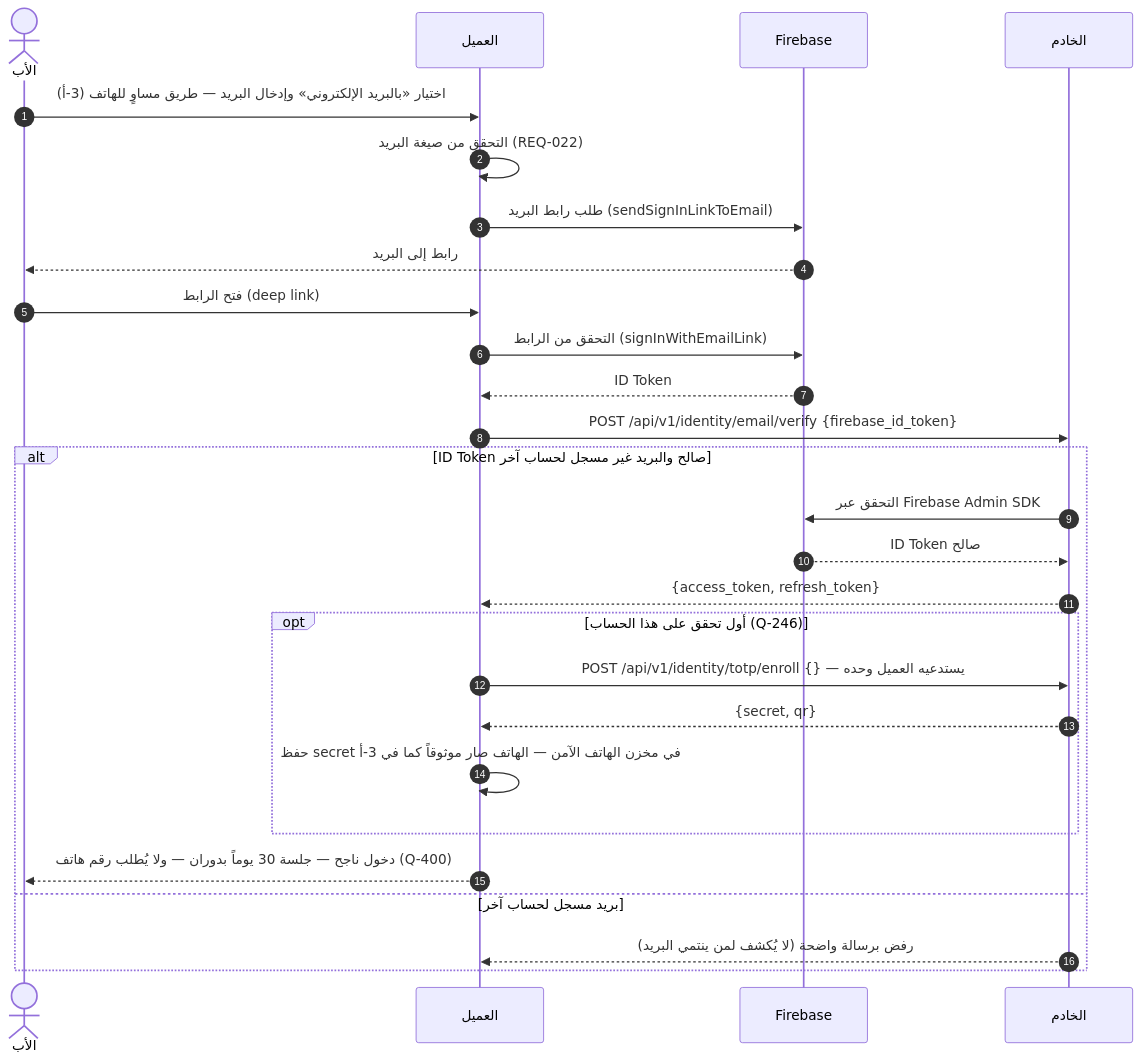
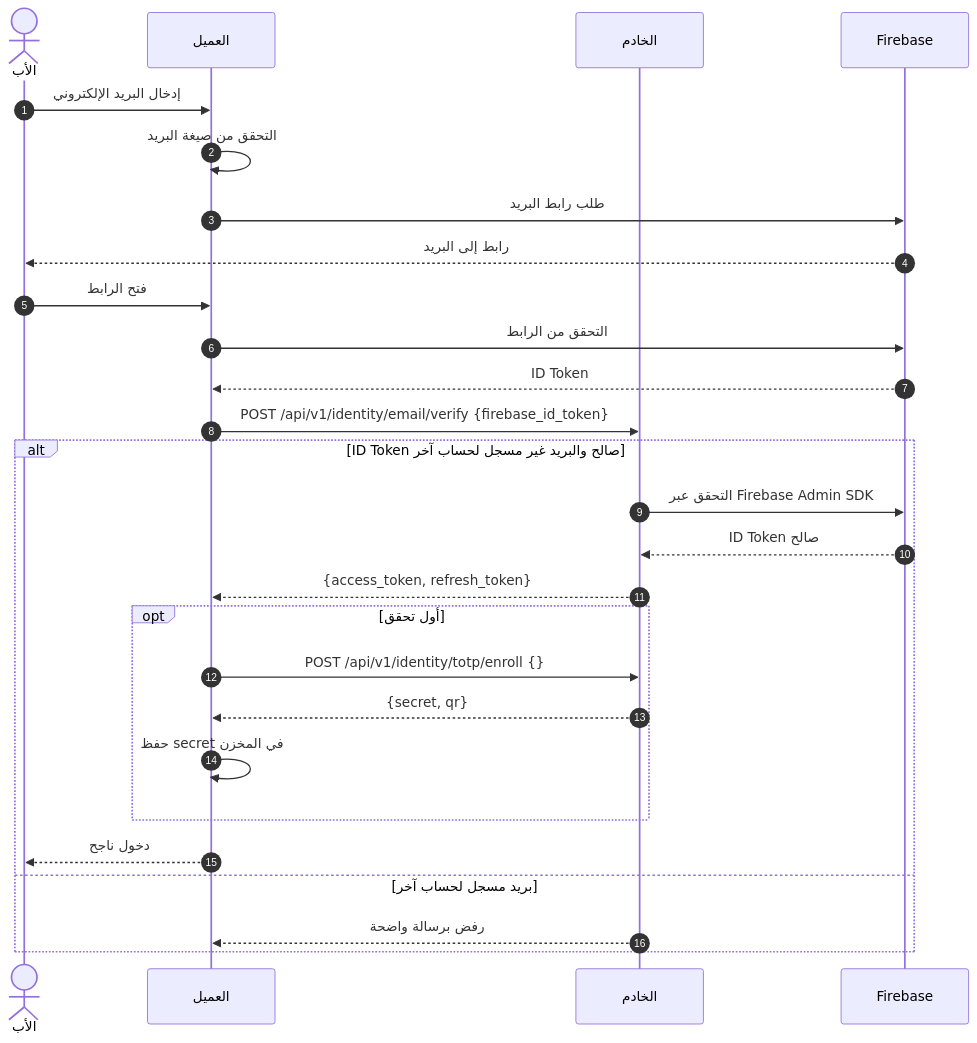
One commit to Bassam-mohammed-alqaeadi/family-os-v2 changed the seventh of 36 diagrams in docs/family-os/governance/phases/phase-1/S1-02-identity-and-onboarding/DIAGRAMS.md. Above: the diagram before and after it, drawn with Mermaid. The commit also changed other lines of this file, not shown here.

First line of the commit message:
Q-434 S1-02: content (REQ-029/030, Q-425/426/427) + shape (15→36 blocks)

````diff
--- a/docs/family-os/governance/phases/phase-1/S1-02-identity-and-onboarding/DIAGRAMS.md
+++ b/docs/family-os/governance/phases/phase-1/S1-02-identity-and-onboarding/DIAGRAMS.md
@@ -302,29 +368,29 @@
 ```mermaid
 sequenceDiagram
     autonumber
     actor Father as الأب
     participant Client as العميل
+    participant Ktor as الخادم
     participant FBAuth as Firebase
-    participant Ktor as الخادم
-    Father->>Client: اختيار «بالبريد الإلكتروني» وإدخال البريد — طريق مساوٍ للهاتف (3-أ)
-    Client->>Client: التحقق من صيغة البريد (REQ-022)
-    Client->>FBAuth: طلب رابط البريد (sendSignInLinkToEmail)
+    Father->>Client: إدخال البريد الإلكتروني
+    Client->>Client: التحقق من صيغة البريد
+    Client->>FBAuth: طلب رابط البريد
     FBAuth-->>Father: رابط إلى البريد
-    Father->>Client: فتح الرابط (deep link)
-    Client->>FBAuth: التحقق من الرابط (signInWithEmailLink)
+    Father->>Client: فتح الرابط
+    Client->>FBAuth: التحقق من الرابط
     FBAuth-->>Client: ID Token
     Client->>Ktor: POST /api/v1/identity/email/verify {firebase_id_token}
     alt ID Token صالح والبريد غير مسجل لحساب آخر
         Ktor->>FBAuth: التحقق عبر Firebase Admin SDK
         FBAuth-->>Ktor: ID Token صالح
         Ktor-->>Client: {access_token, refresh_token}
-        opt أول تحقق على هذا الحساب (Q-246)
-            Client->>Ktor: POST /api/v1/identity/totp/enroll {} — يستدعيه العميل وحده
+        opt أول تحقق
+            Client->>Ktor: POST /api/v1/identity/totp/enroll {}
             Ktor-->>Client: {secret, qr}
-            Client->>Client: حفظ secret في مخزن الهاتف الآمن — الهاتف صار موثوقاً كما في 3-أ
+            Client->>Client: حفظ secret في المخزن
         end
-        Client-->>Father: دخول ناجح — جلسة 30 يوماً بدوران — ولا يُطلب رقم هاتف (Q-400)
+        Client-->>Father: دخول ناجح
     else بريد مسجل لحساب آخر
-        Ktor-->>Client: رفض برسالة واضحة (لا يُكشف لمن ينتمي البريد)
+        Ktor-->>Client: رفض برسالة واضحة
     end
 ```
````
